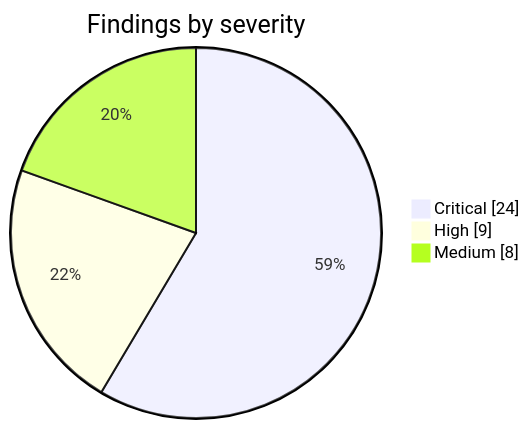
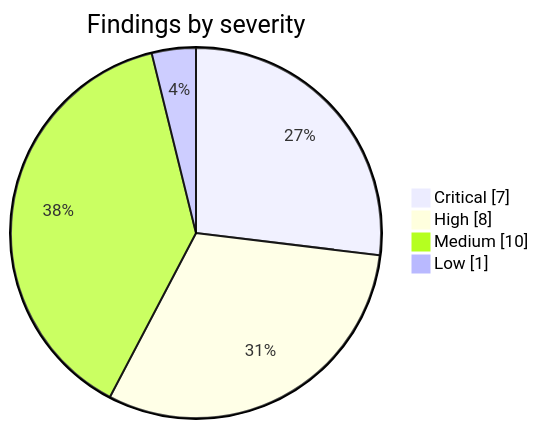
Before and after one commit to 0xElement/ARCHON1: the second of 2 diagrams in benchmark/RESULTS-blackbox.md, drawn with Mermaid. The commit also changed other lines of this file, not shown here.

````diff
--- a/benchmark/RESULTS-blackbox.md
+++ b/benchmark/RESULTS-blackbox.md
@@ -35,6 +33,7 @@
 ```mermaid
 pie showData title Findings by severity
-  "Critical" : 24
-  "High" : 9
-  "Medium" : 8
+  "Critical" : 7
+  "High" : 8
+  "Medium" : 10
+  "Low" : 1
 ```
````
